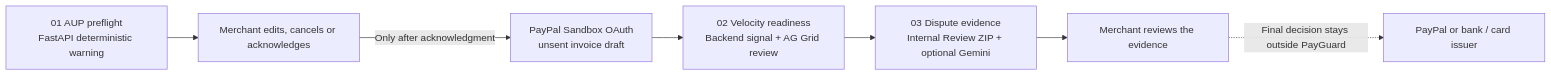
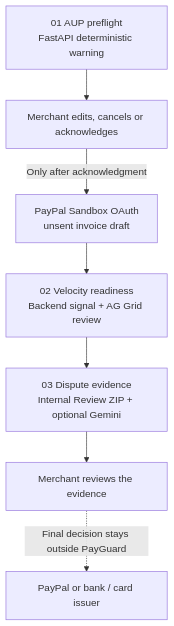
The diagram in README.md (jiarong0423/payguard-ai), drawn with Mermaid before and after one commit. The commit also changed 2 other files, not shown here.

Commit message:
Make README architecture diagram readable

````diff
--- a/README.md
+++ b/README.md
@@ -21,9 +21,9 @@
 ```mermaid
-flowchart LR
+flowchart TB
     A["01 AUP preflight<br/>FastAPI deterministic warning"] --> H1["Merchant edits, cancels or acknowledges"]
     H1 -->|Only after acknowledgment| S["PayPal Sandbox OAuth<br/>unsent invoice draft"]
     S --> B["02 Velocity readiness<br/>Backend signal + AG Grid review"]
     B --> C["03 Dispute evidence<br/>Internal Review ZIP + optional Gemini"]
     C --> H2["Merchant reviews the evidence"]
     H2 -.->|Final decision stays outside PayGuard| P["PayPal or bank / card issuer"]
 ```
````
